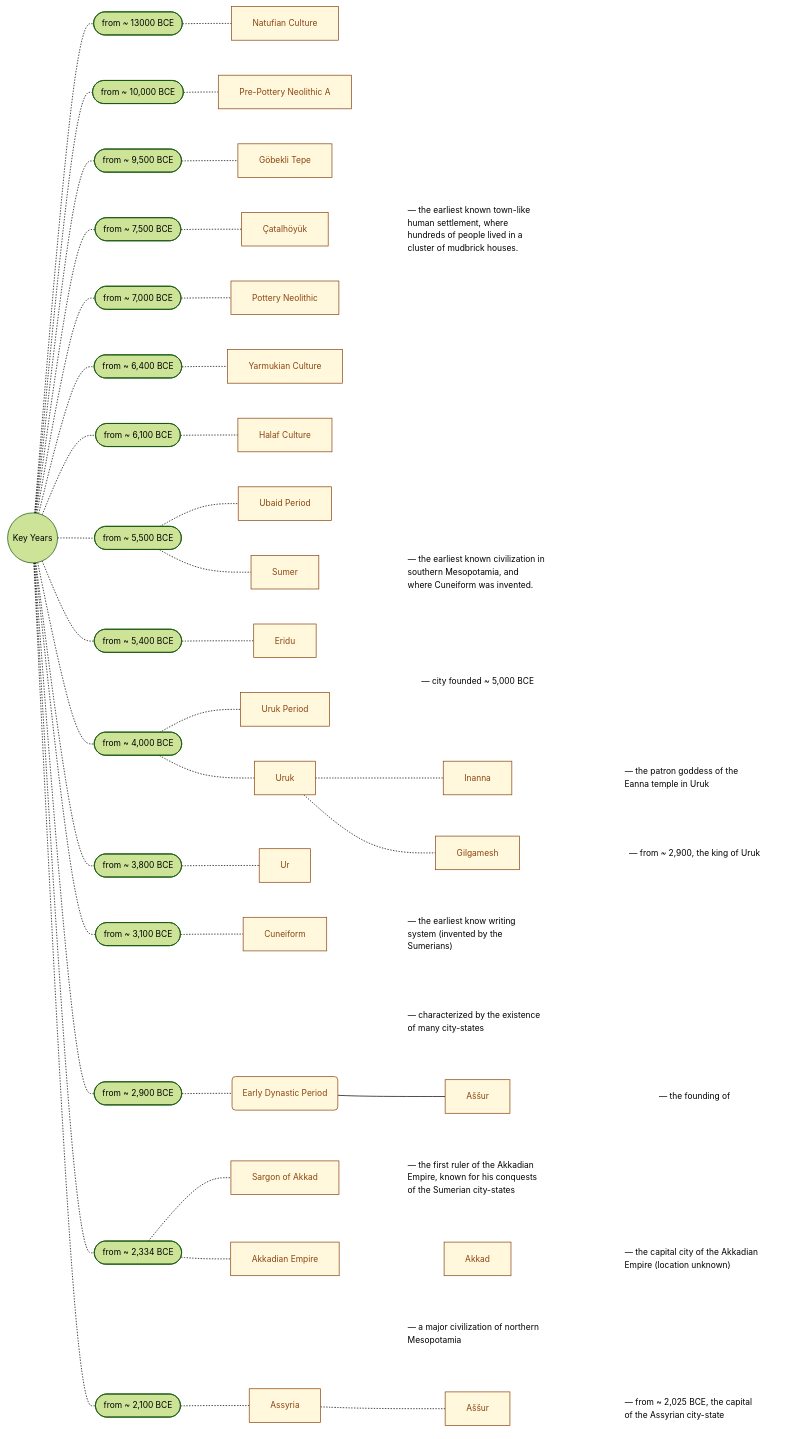
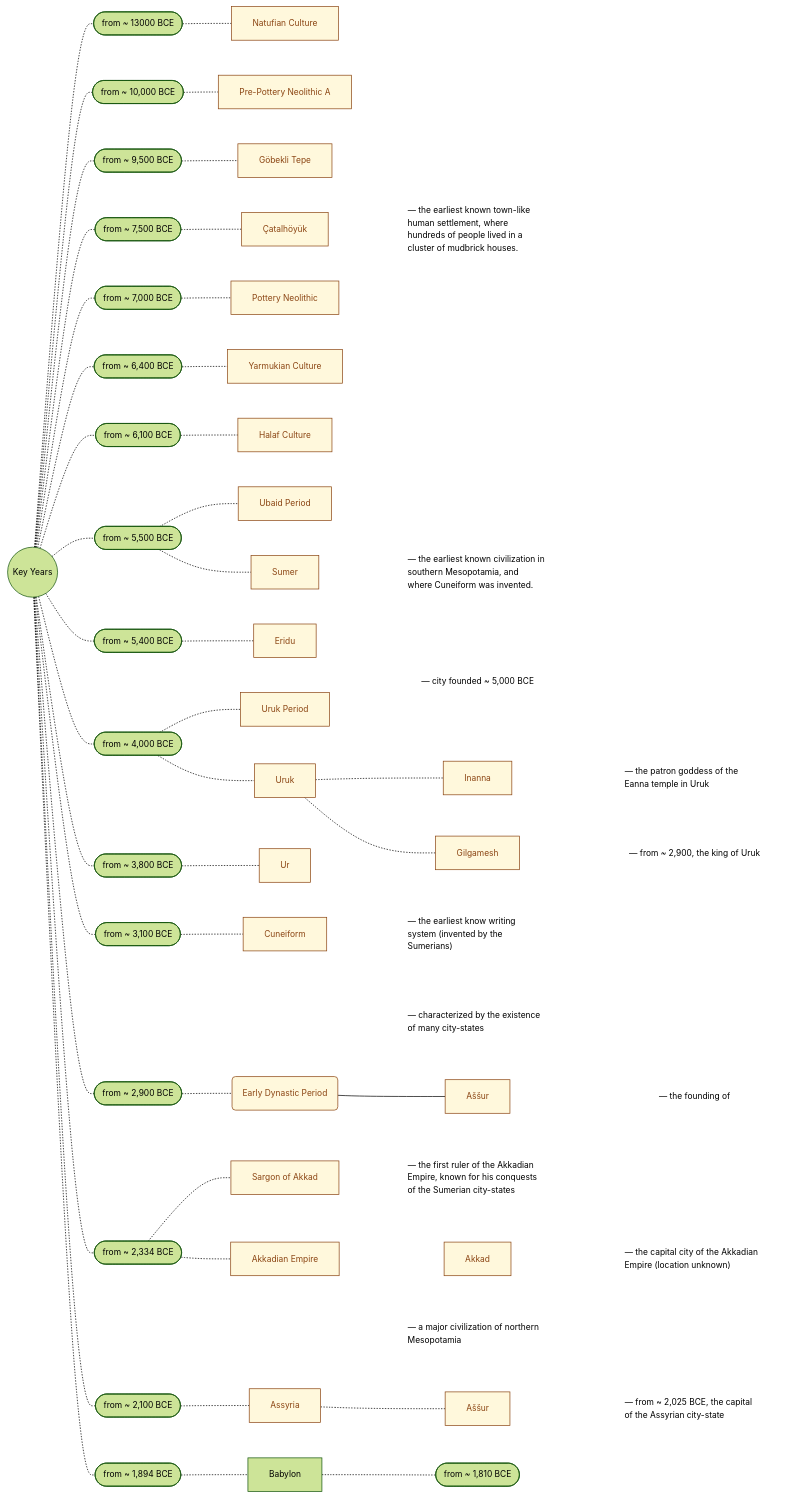
One commit to joe-dorward/samples changed the diagram in mesopotamia_v1.01.md. Above: the diagram before and after it, drawn with Mermaid.

````diff
--- a/mesopotamia_v1.01.md
+++ b/mesopotamia_v1.01.md
@@ -172,4 +172,11 @@
 
       %% ========== ========== ========== ========== ==========
 
+    1894([from ~ 1,894 BCE])
+      BABYLON[Babylon]
+
+    1810([from ~ 1,810 BCE])
+
+    KEY_YEARS-.-1894-.-BABYLON
+                       BABYLON-.-1810
 ```
````
